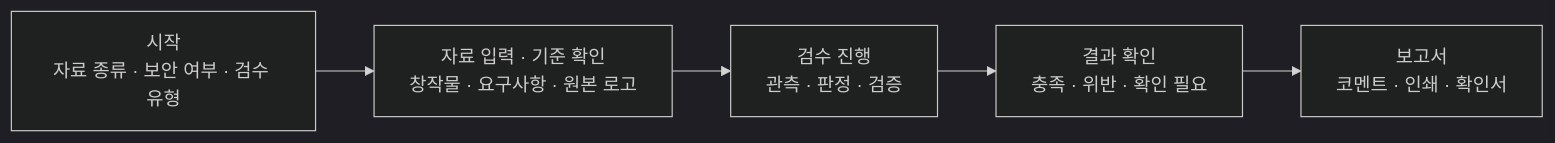
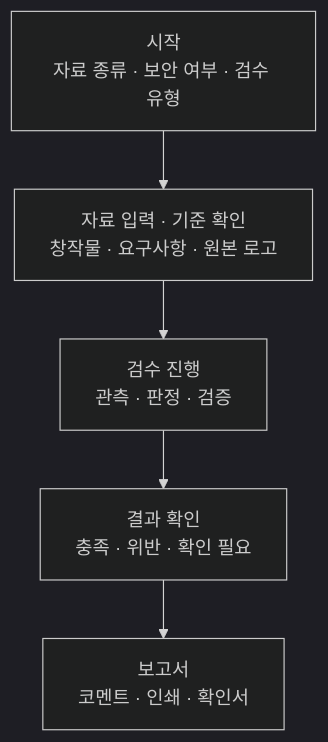
One commit to 20260528-skn-family-ai-33/SKN33-Final-1Team changed the first of 2 diagrams in README.md. Above: the diagram before and after it, drawn with Mermaid (dark theme). The commit also changed other lines of this file and 4 other files, not shown here.

````diff
--- a/README.md
+++ b/README.md
@@ -152,7 +152,7 @@
 ```mermaid
-flowchart LR
+flowchart TB
     S["시작<br/>자료 종류 · 보안 여부 · 검수 유형"] --> A["자료 입력 · 기준 확인<br/>창작물 · 요구사항 · 원본 로고"]
     A --> C["검수 진행<br/>관측 · 판정 · 검증"]
     C --> D["결과 확인<br/>충족 · 위반 · 확인 필요"]
     D --> E["보고서<br/>코멘트 · 인쇄 · 확인서"]
 ```
````
